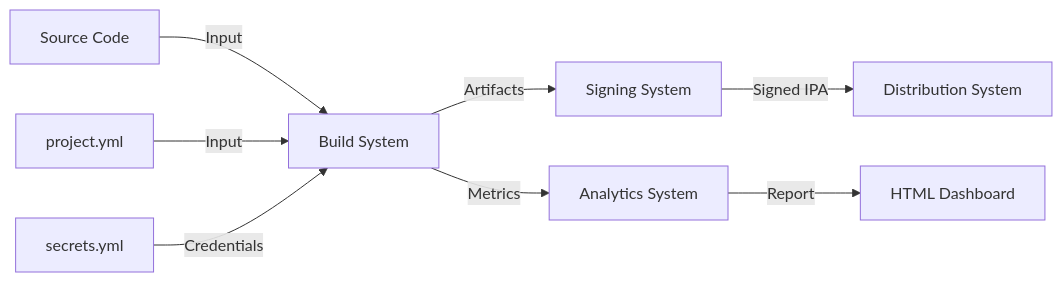
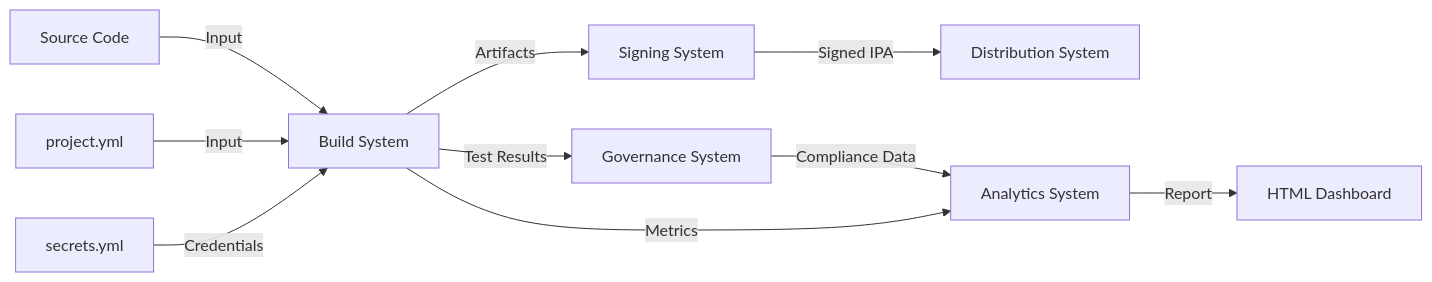
One commit to isopen-io/andp changed the seventh of 7 diagrams in Documentation/Architecture/Diagrams.md. Above: the diagram before and after it, drawn with Mermaid. The commit also changed other lines of this file and 17 other files, not shown here.

First line of the commit message:
feat: finalize ANDP Iteration 10 - Enterprise Governance & Multi-Platform Compliance

````diff
--- a/Documentation/Architecture/Diagrams.md
+++ b/Documentation/Architecture/Diagrams.md
@@ -127,10 +137,12 @@
 ```mermaid
 graph LR
     Code[Source Code] -->|Input| Build[Build System]
     Config[project.yml] -->|Input| Build
     Secrets[secrets.yml] -->|Credentials| Build
     Build -->|Artifacts| Sign[Signing System]
     Sign -->|Signed IPA| Dist[Distribution System]
-    Build -->|Metrics| Analytics[Analytics System]
+    Build -->|Test Results| Gov[Governance System]
+    Gov -->|Compliance Data| Analytics[Analytics System]
+    Build -->|Metrics| Analytics
     Analytics -->|Report| Dash[HTML Dashboard]
 ```
````
